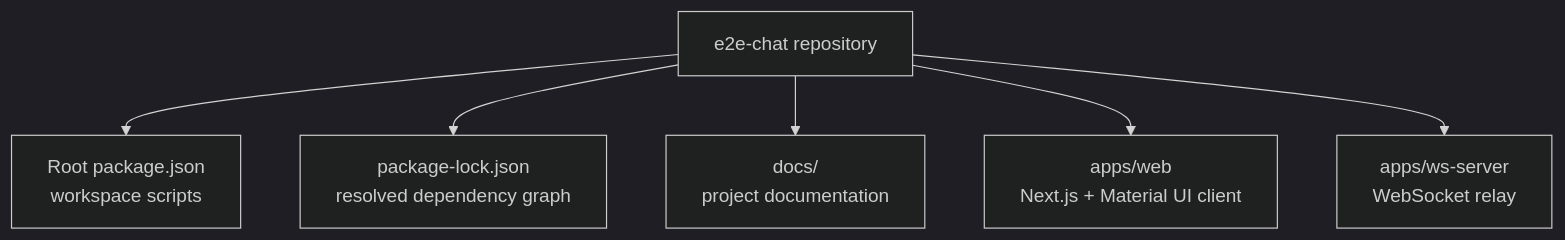
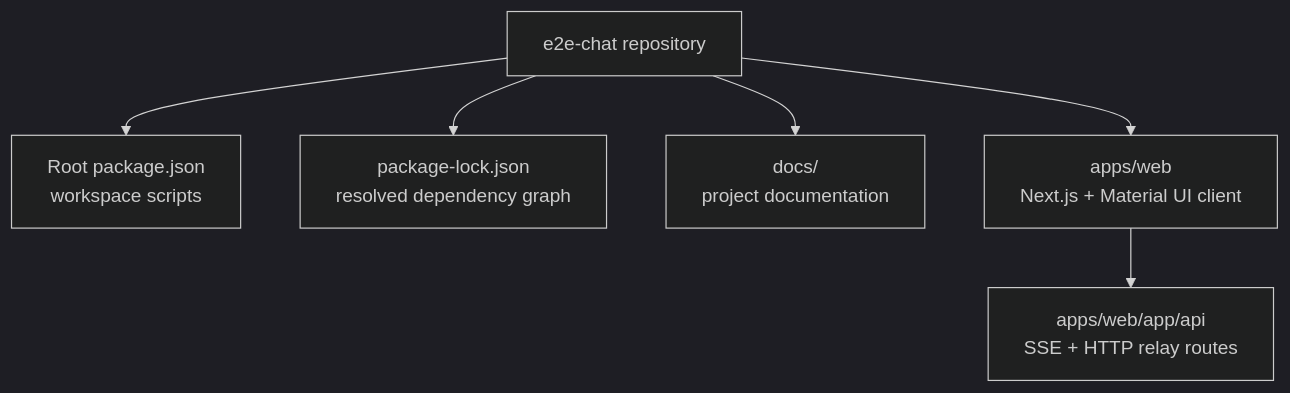
The first of 3 diagrams in docs/architecture.md (matthewlovestocode/e2echat), drawn with Mermaid (dark theme) before and after one commit. The commit also changed other lines of this file and 19 other files, not shown here.

````diff
--- a/docs/architecture.md
+++ b/docs/architecture.md
@@ -5,15 +5,15 @@
 ```mermaid
 flowchart TD
   repo["e2e-chat repository"]
   rootPkg["Root package.json\nworkspace scripts"]
   lockfile["package-lock.json\nresolved dependency graph"]
   docs["docs/\nproject documentation"]
   web["apps/web\nNext.js + Material UI client"]
-  ws["apps/ws-server\nWebSocket relay"]
+  api["apps/web/app/api\nSSE + HTTP relay routes"]
 
   repo --> rootPkg
   repo --> lockfile
   repo --> docs
   repo --> web
-  repo --> ws
+  web --> api
 ```
````
